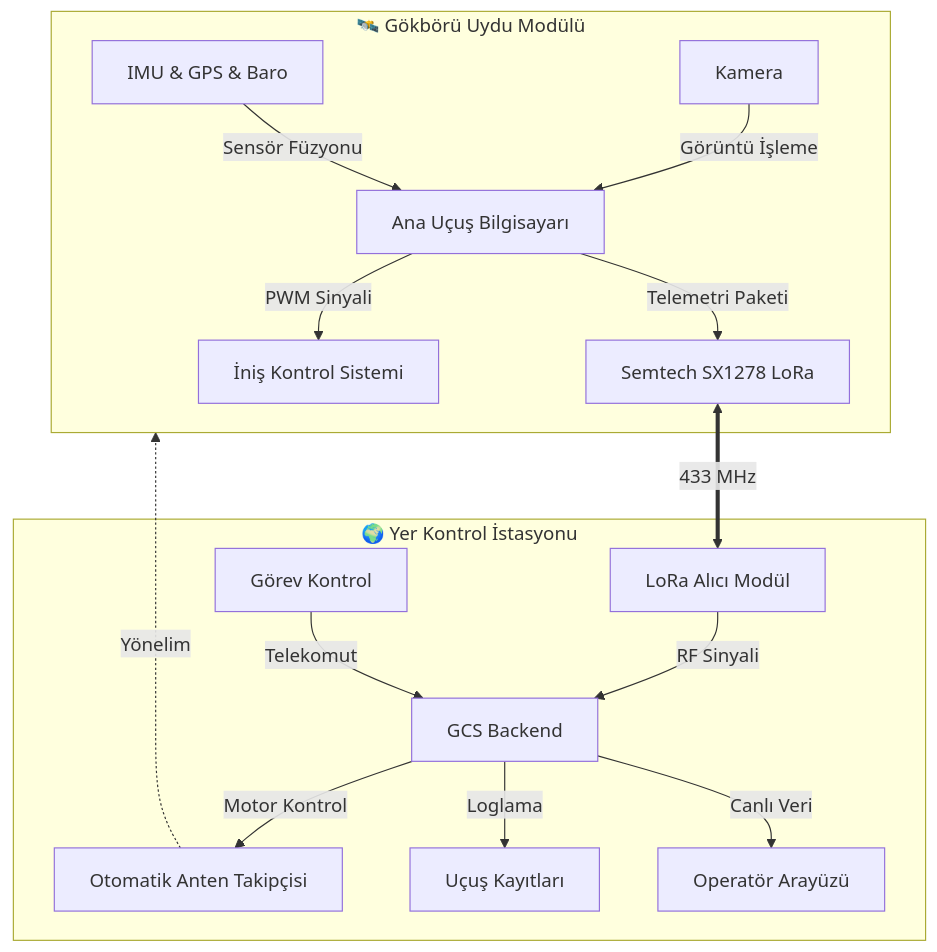
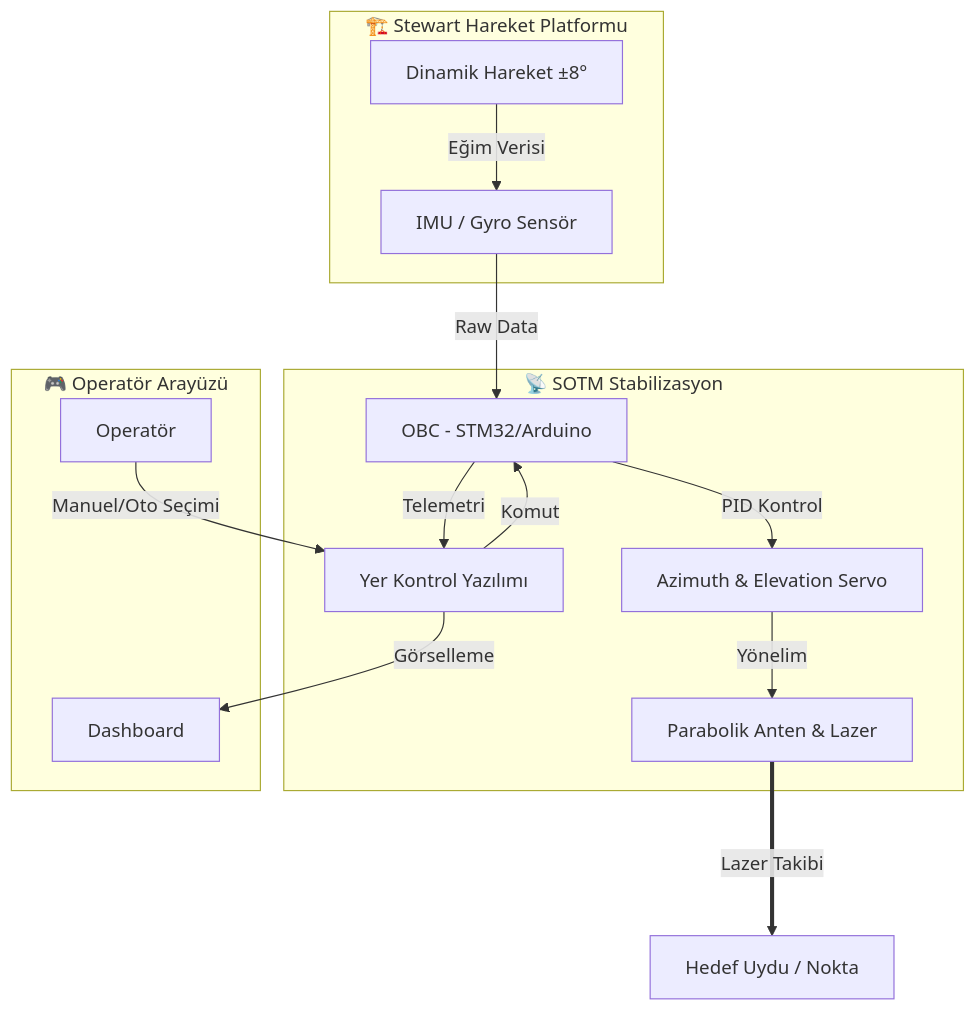
The diagram in README.md (bahattinyunus/teknofest_hareketli_uydu_terminali), drawn with Mermaid before and after one commit. The commit also changed other lines of this file and 11 other files, not shown here.

````diff
--- a/README.md
+++ b/README.md
@@ -35,20 +33,21 @@
 ```mermaid
 graph TD
-    subgraph Space_Segment [🛰️ Gökbörü Uydu Modülü]
-        Sensors[IMU & GPS & Baro] -->|Sensör Füzyonu| OBC[Ana Uçuş Bilgisayarı]
-        OBC -->|Telemetri Paketi| LoRaTx[Semtech SX1278 LoRa]
-        Image[Kamera] -->|Görüntü İşleme| OBC
-        OBC -->|PWM Sinyali| Servo[İniş Kontrol Sistemi]
+    subgraph Platform_Segment [🏗️ Stewart Hareket Platformu]
+        Move[Dinamik Hareket ±8°] -->|Eğim Verisi| IMU[IMU / Gyro Sensör]
     end
 
-    subgraph Ground_Segment [🌍 Yer Kontrol İstasyonu]
-        LoRaRx[LoRa Alıcı Modül] -->|RF Sinyali| GCS_Core[GCS Backend]
-        GCS_Core -->|Canlı Veri| Dashboard[Operatör Arayüzü]
-        GCS_Core -->|Loglama| Database[Uçuş Kayıtları]
-        User[Görev Kontrol] -->|Telekomut| GCS_Core
-        GCS_Core -->|Motor Kontrol| Tracker[Otomatik Anten Takipçisi]
+    subgraph Terminal_Segment [📡 SOTM Stabilizasyon]
+        IMU -->|Raw Data| MCU[OBC - STM32/Arduino]
+        MCU -->|PID Kontrol| Motors[Azimuth & Elevation Servo]
+        Motors -->|Yönelim| Antenna[Parabolik Anten & Lazer]
+        MCU -->|Telemetri| GCS[Yer Kontrol Yazılımı]
     end
 
-    LoRaTx <==>|433 MHz | LoRaRx
-    Tracker -.->|Yönelim| Space_Segment
+    subgraph Control_Segment [🎮 Operatör Arayüzü]
+        GCS -->|Komut| MCU
+        User[Operatör] -->|Manuel/Oto Seçimi| GCS
+        GCS -->|Görselleme| Dashboard[Dashboard]
+    end
+
+    Antenna ===>|Lazer Takibi| Satellite[Hedef Uydu / Nokta]
 ```
````
